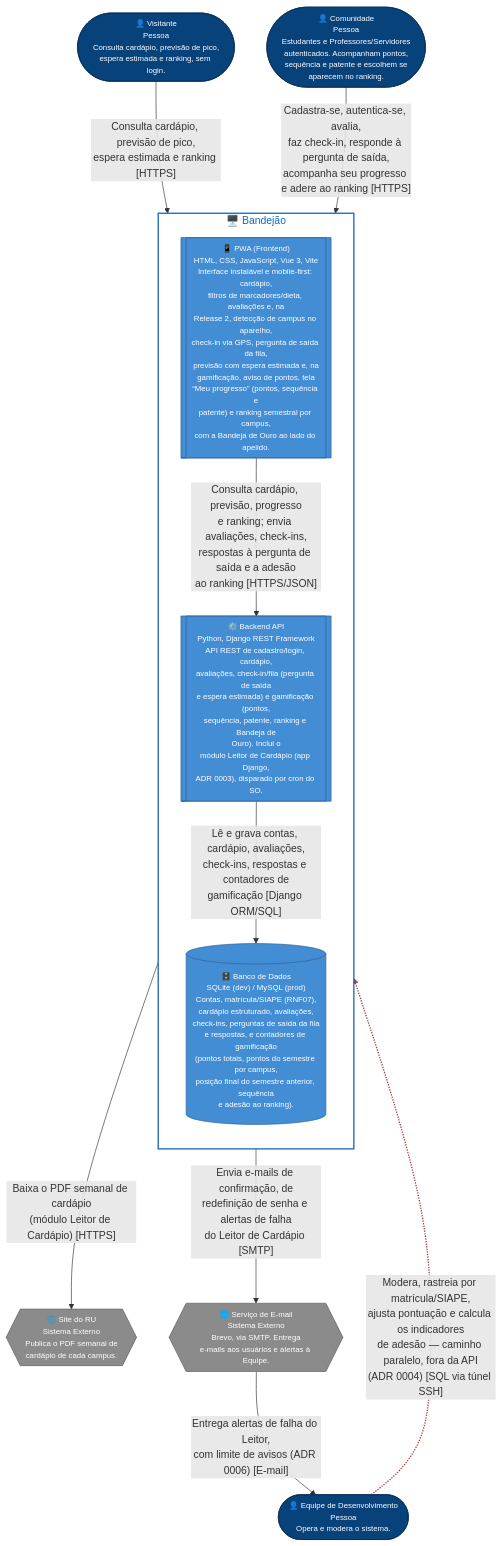
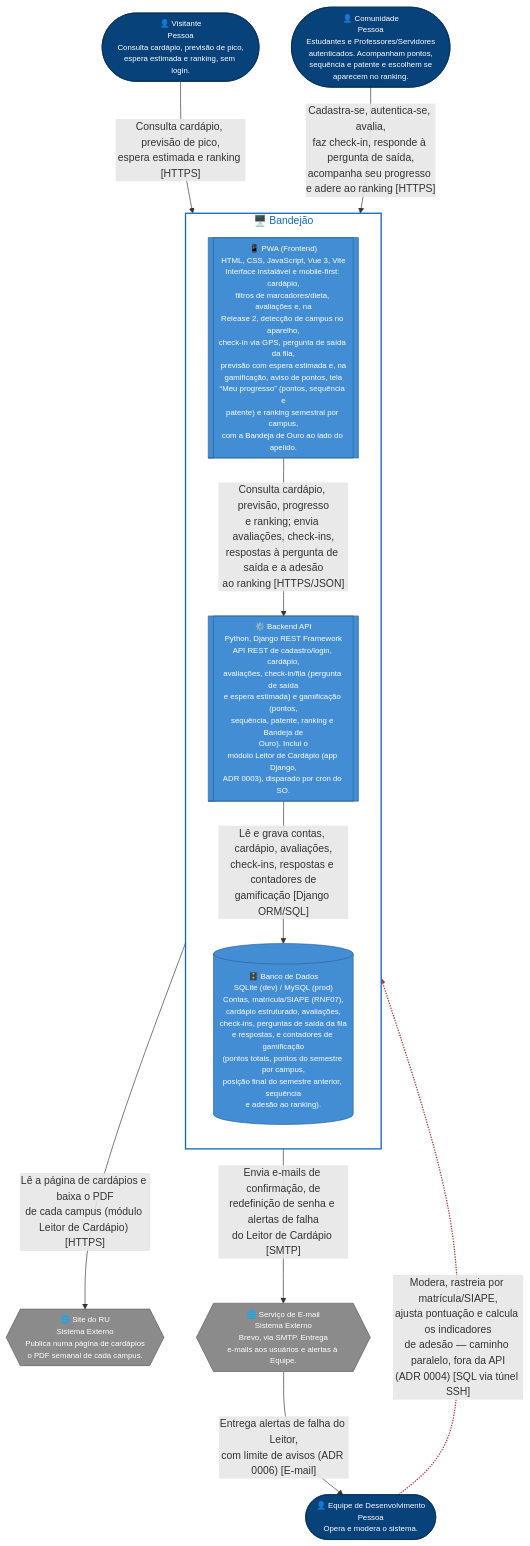
One commit to unb-mds/2026-2-Bandejao-UnB changed the second of 2 diagrams in docs/arquitetura/c4-niveis-1-2.md. Above: the diagram before and after it, drawn with Mermaid. The commit also changed other lines of this file and 13 other files, not shown here.

First line of the commit message:
docs(adr): ADR 0014 — descoberta do PDF de cada campus na página do RU

```diff
--- a/docs/arquitetura/c4-niveis-1-2.md
+++ b/docs/arquitetura/c4-niveis-1-2.md
@@ -162,8 +167,8 @@
 
   site_ru{{"🌐 Site do RU
 Sistema Externo
-Publica o PDF semanal de
-cardápio de cada campus."}}
+Publica numa página de cardápios
+o PDF semanal de cada campus."}}
   email_svc{{"🌐 Serviço de E-mail
 Sistema Externo
 Brevo, via SMTP. Entrega
@@ -214,8 +219,8 @@
   backend -->|"Lê e grava contas, cardápio, avaliações,
 check-ins, respostas e contadores de
 gamificação [Django ORM/SQL]"| db
-  backend -->|"Baixa o PDF semanal de cardápio
-(módulo Leitor de Cardápio) [HTTPS]"| site_ru
+  backend -->|"Lê a página de cardápios e baixa o PDF
+de cada campus (módulo Leitor de Cardápio) [HTTPS]"| site_ru
   backend -->|"Envia e-mails de confirmação, de
 redefinição de senha e alertas de falha
 do Leitor de Cardápio [SMTP]"| email_svc
```
